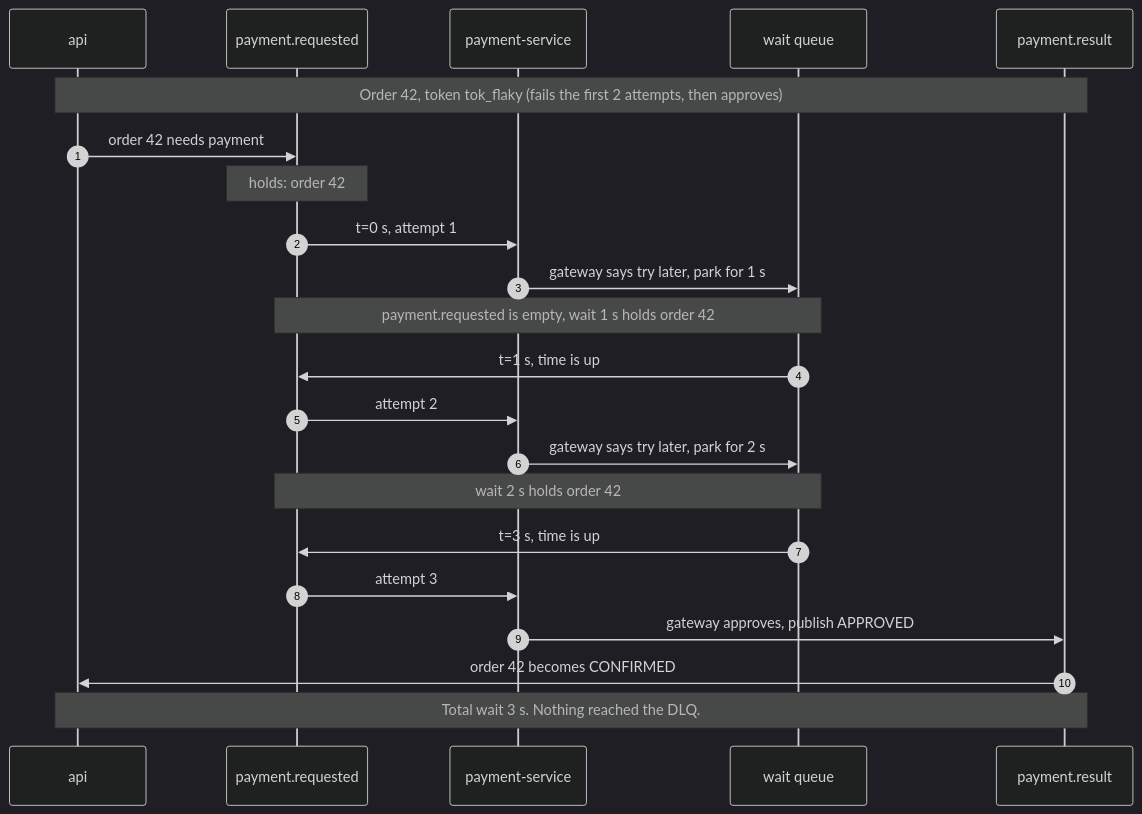
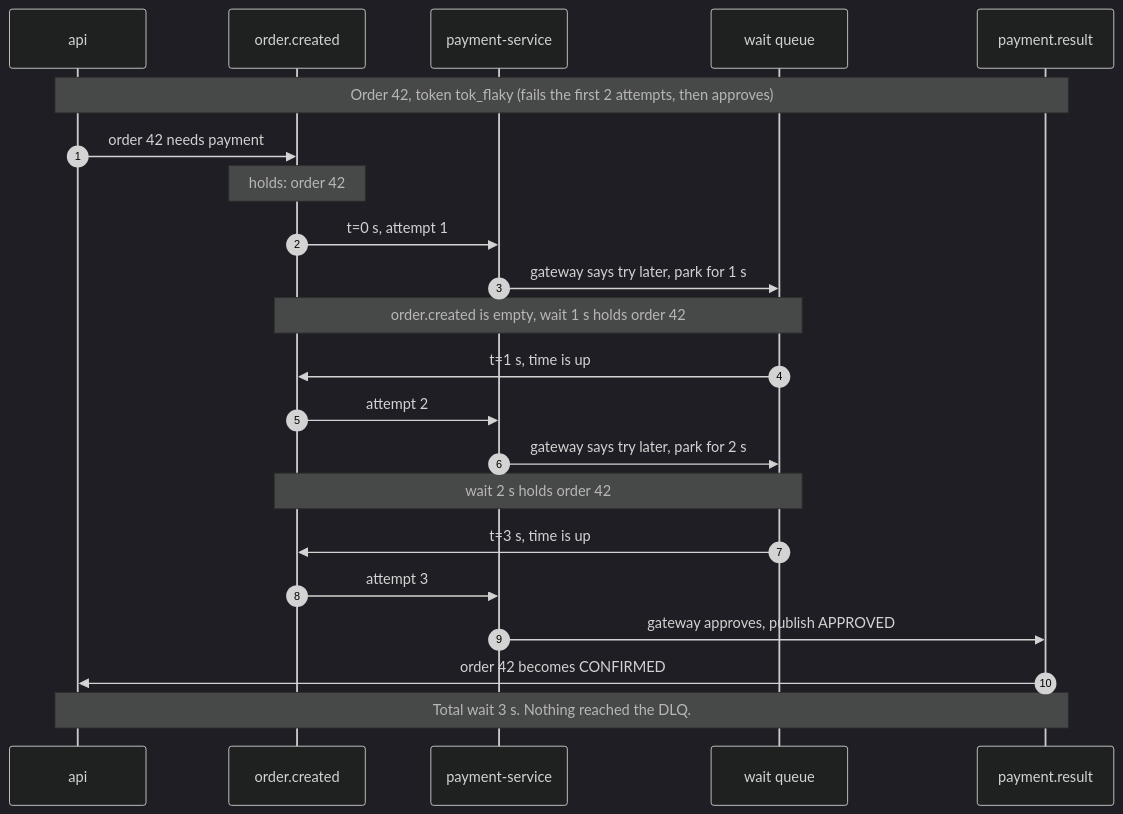
Before and after one commit to Serg-Ale/stockrush: the third of 4 diagrams in docs/adr/0001-payment-retry-and-dlq-policy.md, drawn with Mermaid (dark theme). The commit also changed other lines of this file and 2 other files, not shown here.

````diff
--- a/docs/adr/0001-payment-retry-and-dlq-policy.md
+++ b/docs/adr/0001-payment-retry-and-dlq-policy.md
@@ -162,25 +162,25 @@
 ```mermaid
 sequenceDiagram
     autonumber
     participant API as api
-    participant Q as payment.requested
+    participant Q as order.created
     participant P as payment-service
     participant W as wait queue
     participant R as payment.result
 
     Note over API,R: Order 42, token tok_flaky (fails the first 2 attempts, then approves)
     API->>Q: order 42 needs payment
     Note over Q: holds: order 42
     Q->>P: t=0 s, attempt 1
     P->>W: gateway says try later, park for 1 s
-    Note over Q,W: payment.requested is empty, wait 1 s holds order 42
+    Note over Q,W: order.created is empty, wait 1 s holds order 42
     W->>Q: t=1 s, time is up
     Q->>P: attempt 2
     P->>W: gateway says try later, park for 2 s
     Note over Q,W: wait 2 s holds order 42
     W->>Q: t=3 s, time is up
     Q->>P: attempt 3
     P->>R: gateway approves, publish APPROVED
     R->>API: order 42 becomes CONFIRMED
     Note over API,R: Total wait 3 s. Nothing reached the DLQ.
 ```
````
